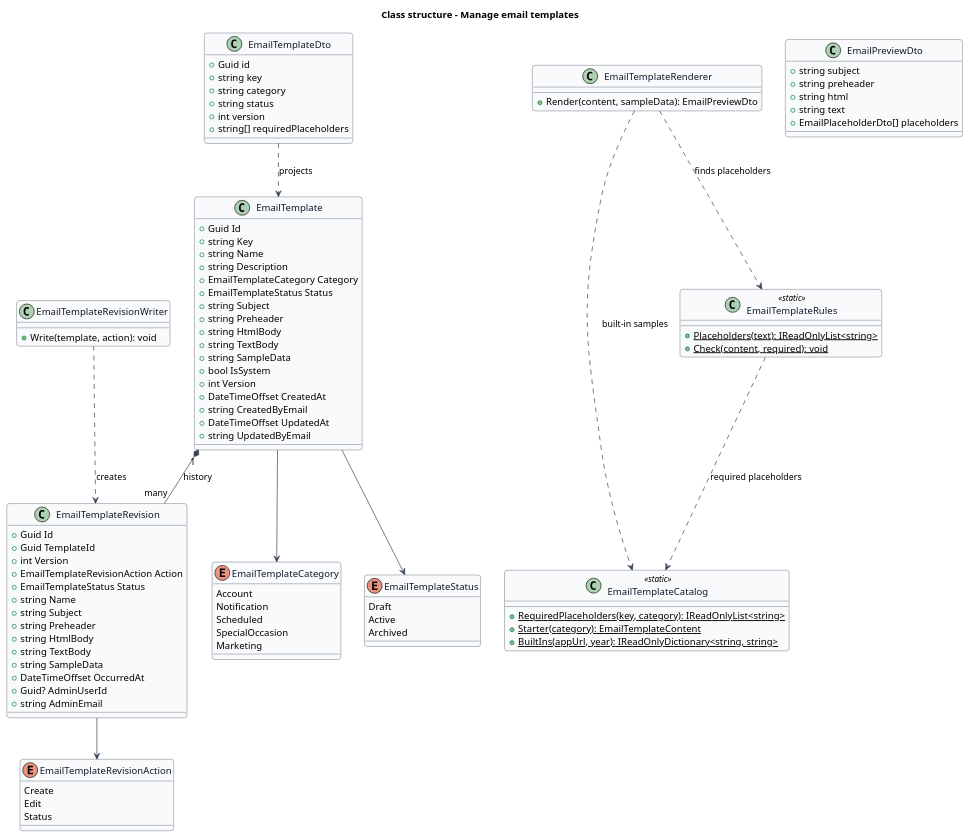
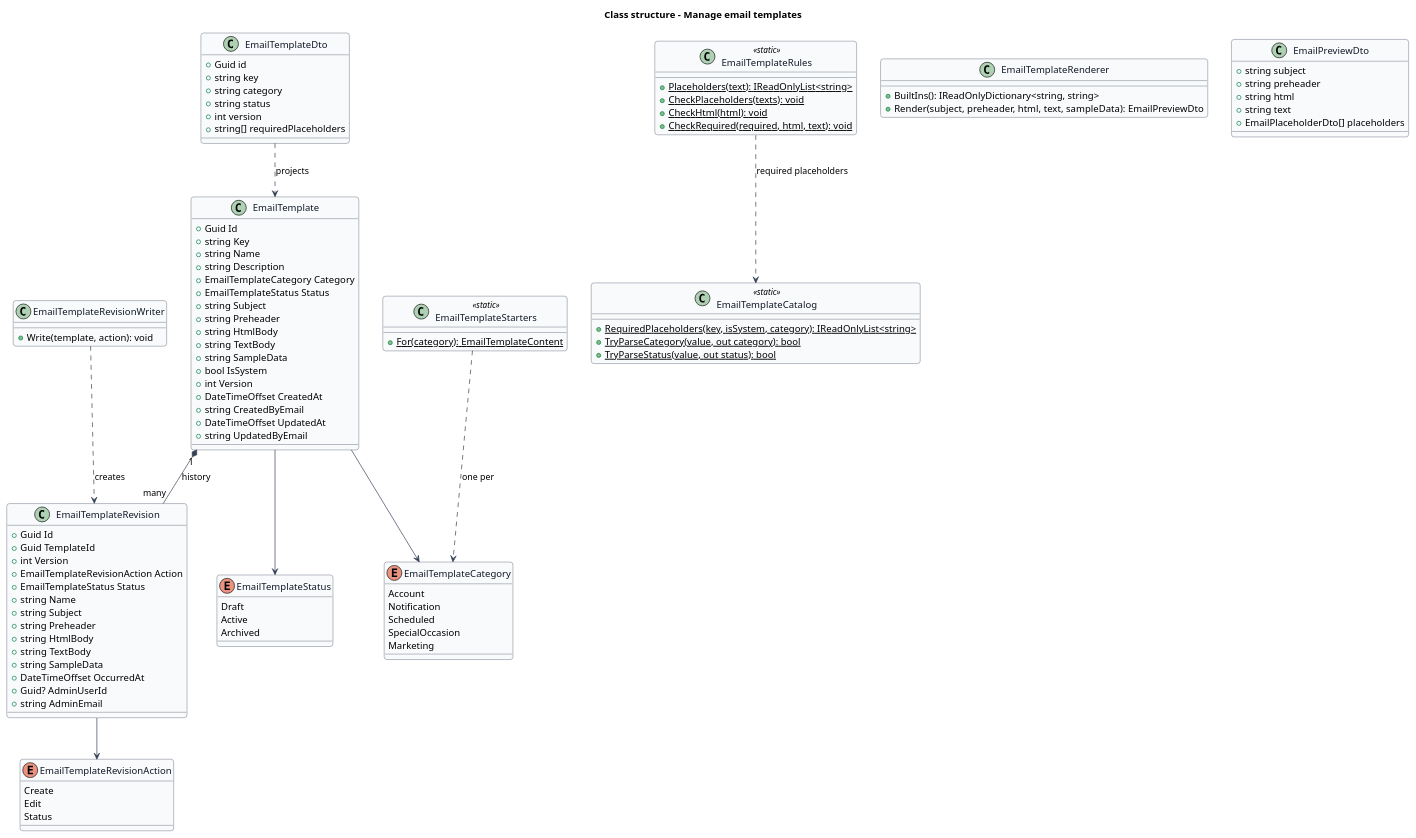
The diagram in docs/detailed-designs/administration/manage-email-templates/diagrams/class-structure.puml (QuinntyneBrown/saturdaze), drawn with PlantUML before and after one commit. The commit also changed 6 other files, not shown here.

First line of the commit message:
Align the email template design with what was built

```diff
--- a/docs/detailed-designs/administration/manage-email-templates/diagrams/class-structure.puml
+++ b/docs/detailed-designs/administration/manage-email-templates/diagrams/class-structure.puml
@@ -1,105 +1,110 @@
 @startuml
 skinparam backgroundColor #FFFFFF
 skinparam shadowing false
 skinparam roundcorner 8
 skinparam defaultFontName Arial
 skinparam ArrowColor #344054
 skinparam class {
   BorderColor #344054
   FontColor #101828
   BackgroundColor #F9FAFB
 }
 title Class structure - Manage email templates
 
 enum EmailTemplateCategory {
   Account
   Notification
   Scheduled
   SpecialOccasion
   Marketing
 }
 enum EmailTemplateStatus {
   Draft
   Active
   Archived
 }
 enum EmailTemplateRevisionAction {
   Create
   Edit
   Status
 }
 class EmailTemplate {
   +Guid Id
   +string Key
   +string Name
   +string Description
   +EmailTemplateCategory Category
   +EmailTemplateStatus Status
   +string Subject
   +string Preheader
   +string HtmlBody
   +string TextBody
   +string SampleData
   +bool IsSystem
   +int Version
   +DateTimeOffset CreatedAt
   +string CreatedByEmail
   +DateTimeOffset UpdatedAt
   +string UpdatedByEmail
 }
 class EmailTemplateRevision {
   +Guid Id
   +Guid TemplateId
   +int Version
   +EmailTemplateRevisionAction Action
   +EmailTemplateStatus Status
   +string Name
   +string Subject
   +string Preheader
   +string HtmlBody
   +string TextBody
   +string SampleData
   +DateTimeOffset OccurredAt
   +Guid? AdminUserId
   +string AdminEmail
 }
 class EmailTemplateCatalog <<static>> {
-  +{static} RequiredPlaceholders(key, category): IReadOnlyList<string>
-  +{static} Starter(category): EmailTemplateContent
-  +{static} BuiltIns(appUrl, year): IReadOnlyDictionary<string, string>
+  +{static} RequiredPlaceholders(key, isSystem, category): IReadOnlyList<string>
+  +{static} TryParseCategory(value, out category): bool
+  +{static} TryParseStatus(value, out status): bool
+}
+class EmailTemplateStarters <<static>> {
+  +{static} For(category): EmailTemplateContent
 }
 class EmailTemplateRules <<static>> {
   +{static} Placeholders(text): IReadOnlyList<string>
-  +{static} Check(content, required): void
+  +{static} CheckPlaceholders(texts): void
+  +{static} CheckHtml(html): void
+  +{static} CheckRequired(required, html, text): void
 }
 class EmailTemplateRenderer {
-  +Render(content, sampleData): EmailPreviewDto
+  +BuiltIns(): IReadOnlyDictionary<string, string>
+  +Render(subject, preheader, html, text, sampleData): EmailPreviewDto
 }
 class EmailTemplateRevisionWriter {
   +Write(template, action): void
 }
 class EmailTemplateDto {
   +Guid id
   +string key
   +string category
   +string status
   +int version
   +string[] requiredPlaceholders
 }
 class EmailPreviewDto {
   +string subject
   +string preheader
   +string html
   +string text
   +EmailPlaceholderDto[] placeholders
 }
 EmailTemplate --> EmailTemplateCategory
 EmailTemplate --> EmailTemplateStatus
 EmailTemplate "1" *-- "many" EmailTemplateRevision : history
 EmailTemplateRevision --> EmailTemplateRevisionAction
-EmailTemplateRenderer ..> EmailTemplateRules : finds placeholders
-EmailTemplateRenderer ..> EmailTemplateCatalog : built-in samples
 EmailTemplateRules ..> EmailTemplateCatalog : required placeholders
+EmailTemplateStarters ..> EmailTemplateCategory : one per
 EmailTemplateRevisionWriter ..> EmailTemplateRevision : creates
 EmailTemplateDto ..> EmailTemplate : projects
 @enduml
```
